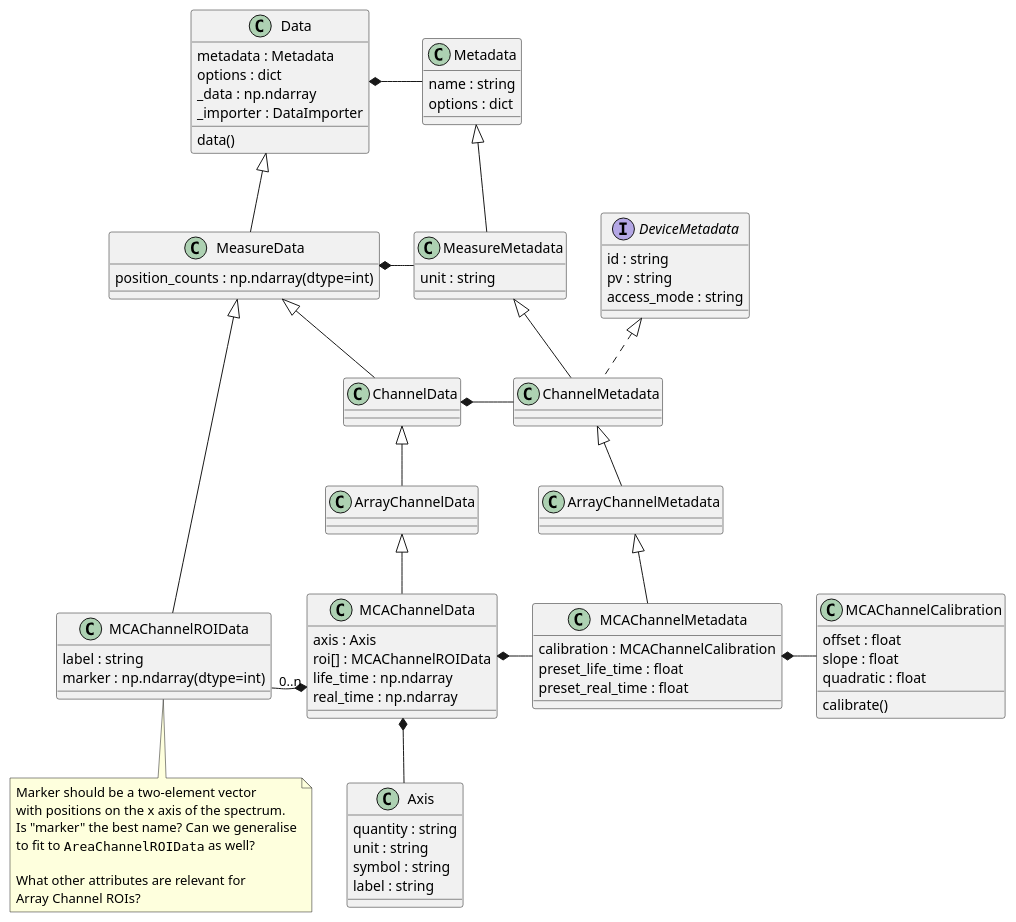
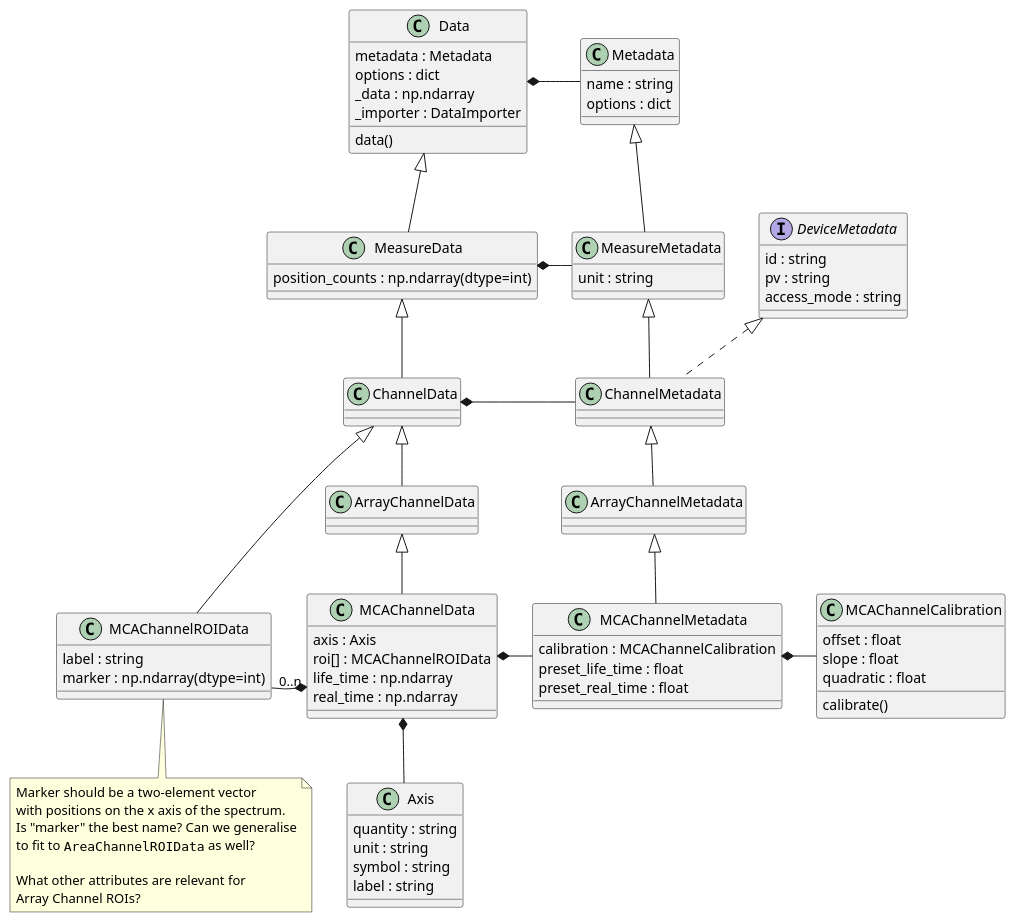
One commit to tillbiskup/evefile changed the diagram in docs/uml/mcachannel.puml. Above: the diagram before and after it, drawn with PlantUML. The commit also changed 7 other files, not shown here.

Commit message:
MCARoiChannel inherits from ChannelData; ROI metadata are mapped accordingly.

```diff
--- a/docs/uml/mcachannel.puml
+++ b/docs/uml/mcachannel.puml
@@ -1,99 +1,99 @@
 @startuml
 'https://plantuml.com/class-diagram
 
 class Data {
     metadata : Metadata
     options : dict
     _data : np.ndarray
     _importer : DataImporter
     data()
 }
 
 Data *- Metadata
 
 class MeasureData extends Data {
     {field} position_counts : np.ndarray(dtype=int)
 }
 
 MeasureData *- MeasureMetadata
 
 class ChannelData extends MeasureData
 
 ChannelData *- ChannelMetadata
 
 class ArrayChannelData extends ChannelData {}
 
 class MCAChannelData extends ArrayChannelData {
     axis : Axis
     roi[] : MCAChannelROIData
     life_time : np.ndarray
     real_time : np.ndarray
 }
 
 class Axis {
     quantity : string
     unit : string
     symbol : string
     label : string
 }
 
 MCAChannelData *- MCAChannelMetadata
 
 MCAChannelData *-- Axis
 
 MCAChannelROIData "0..n" -* MCAChannelData
 
 MCAChannelROIData -[hidden]> MCAChannelData
 
-class MCAChannelROIData extends MeasureData {
+class MCAChannelROIData extends ChannelData {
     {field} label : string
     {field} marker : np.ndarray(dtype=int)
 }
 note bottom of MCAChannelROIData
     Marker should be a two-element vector
     with positions on the x axis of the spectrum.
     Is "marker" the best name? Can we generalise
     to fit to ""AreaChannelROIData"" as well?
 
     What other attributes are relevant for
     Array Channel ROIs?
 end note
 
 
 class Metadata {
     name : string
     options : dict
 }
 
 class MeasureMetadata extends Metadata {
     unit : string
 }
 
 interface DeviceMetadata {
     id : string
     pv : string
     access_mode : string
 }
 
 MeasureMetadata -[hidden]> DeviceMetadata
 
 class ChannelMetadata extends MeasureMetadata implements DeviceMetadata
 
 class ArrayChannelMetadata extends ChannelMetadata
 
 class MCAChannelMetadata extends ArrayChannelMetadata {
     calibration : MCAChannelCalibration
     preset_life_time : float
     preset_real_time : float
 }
 
 MCAChannelMetadata *- MCAChannelCalibration
 
 class MCAChannelCalibration {
     offset : float
     slope : float
     quadratic : float
     calibrate()
 }
 
 @enduml
```
